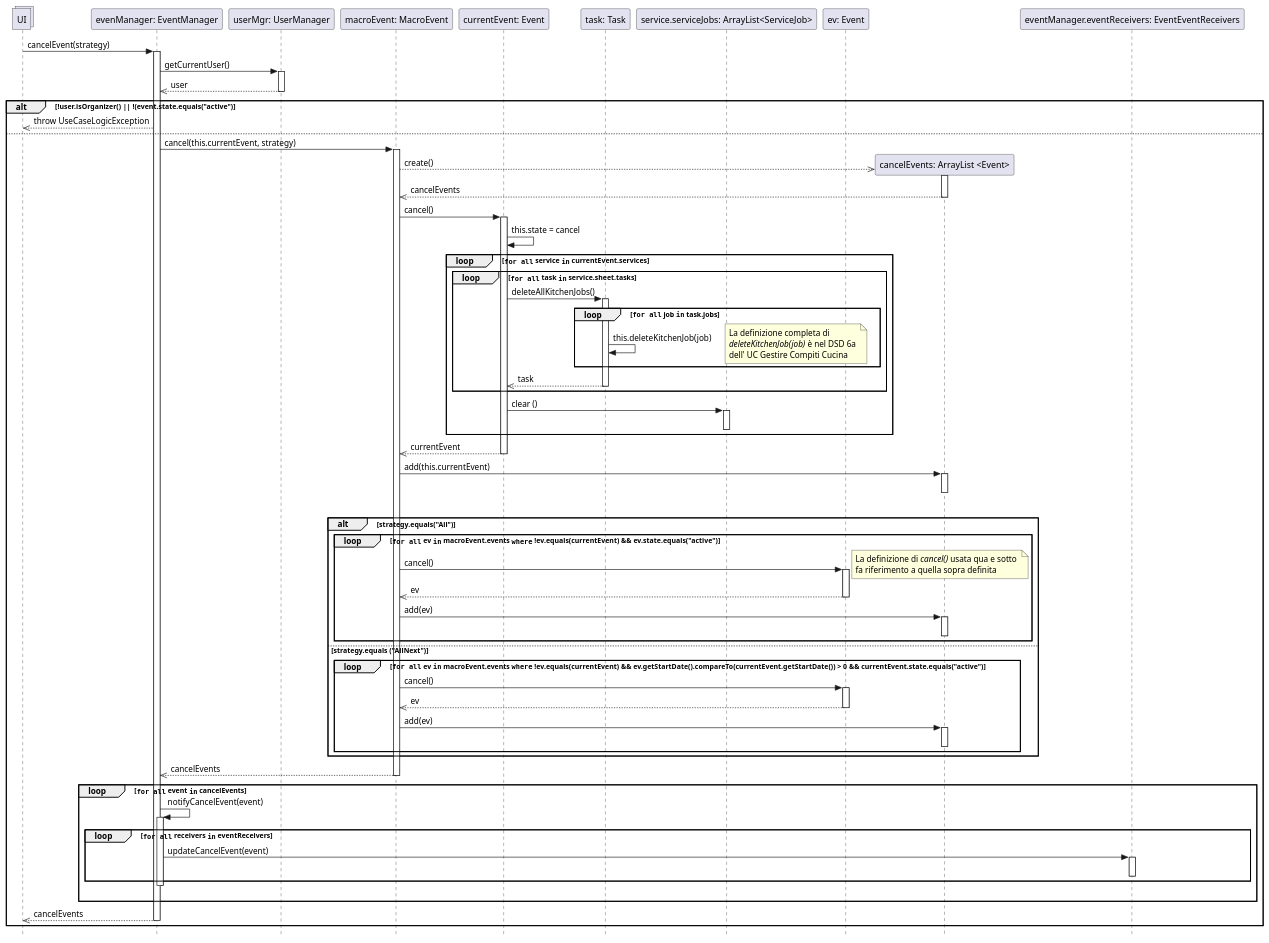
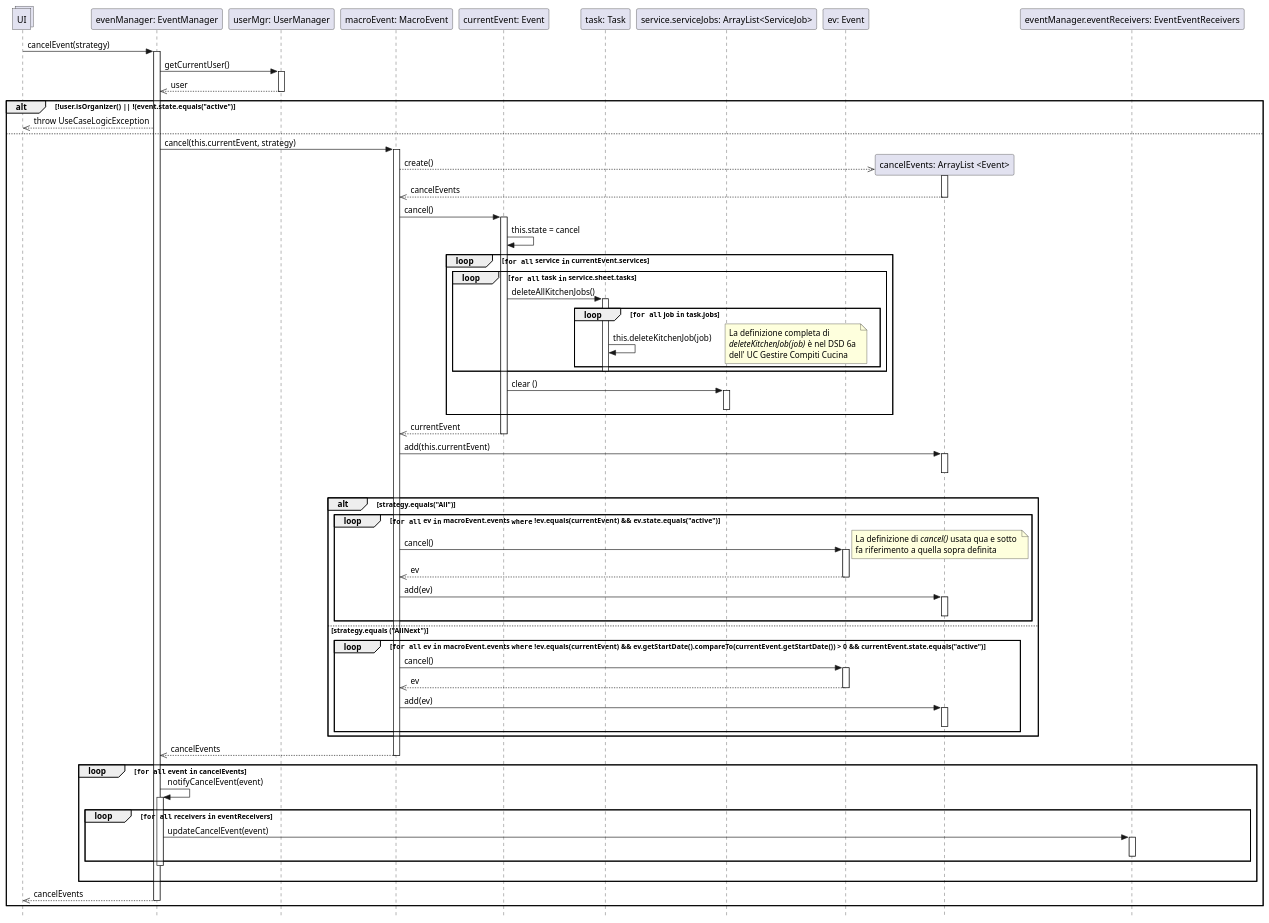
The diagram in UP/Progettazione/UC Gestire Eventi/DSD/DSD Operazione 1a.2.puml (stefa168/sas-project), drawn with PlantUML before and after one commit. The commit also changed 4 other files, not shown here.

```diff
--- a/UP/Progettazione/UC Gestire Eventi/DSD/DSD Operazione 1a.2.puml
+++ b/UP/Progettazione/UC Gestire Eventi/DSD/DSD Operazione 1a.2.puml
@@ -1,99 +1,99 @@
 @startuml
 skinparam Style strictuml
 
 collections UI
 participant "evenManager: EventManager" as em
 participant "userMgr: UserManager" as um
 participant "macroEvent: MacroEvent" as maev
 participant "currentEvent: Event" as event
 participant "task: Task" as task
 participant "service.serviceJobs: ArrayList<ServiceJob>" as sj
 participant "ev: Event" as ev
 participant "cancelEvents: ArrayList <Event>" as evcanc
 participant "eventManager.eventReceivers: EventEventReceivers" as eer
 
 UI -> em: cancelEvent(strategy)
 activate em
     em -> um: getCurrentUser()
     activate um
         em <<-- um: user
     deactivate um
 
     alt !user.isOrganizer() || !(event.state.equals("active")
         UI <<-- em: throw UseCaseLogicException
     else
 
         em -> maev: cancel(this.currentEvent, strategy)
         activate maev
             maev -->> evcanc**: create()
             activate evcanc
             maev <<-- evcanc: cancelEvents
             deactivate evcanc
 
             maev -> event: cancel()
             activate event
             event -> event: this.state = cancel
 
             loop ""for all"" service ""in"" currentEvent.services
                 loop ""for all"" task ""in"" service.sheet.tasks
                     event -> task: deleteAllKitchenJobs()
                     activate task
                     loop ""for all"" job ""in"" task.jobs
                         task -> task: this.deleteKitchenJob(job)
                         note right: La definizione completa di\n//deleteKitchenJob(job)// è nel DSD 6a \ndell' UC Gestire Compiti Cucina
                     end
-                    event <<-- task: task
+
                     deactivate task
 
                 end
 
                 event -> sj: clear ()
                 activate sj
                 deactivate sj
             end
             maev <<-- event: currentEvent
             deactivate event
             maev -> evcanc: add(this.currentEvent)
             activate evcanc
             deactivate evcanc
             |||
             alt strategy.equals("All")
                 loop ""for all"" ev ""in"" macroEvent.events ""where"" !ev.equals(currentEvent) && ev.state.equals("active")
                     maev -> ev: cancel()
                     note right: La definizione di //cancel()// usata qua e sotto \nfa riferimento a quella sopra definita
                     activate ev
                     maev <<-- ev: ev
                     deactivate ev
                     maev -> evcanc: add(ev)
                     activate evcanc
                     deactivate evcanc
                 end
             else strategy.equals ("AllNext")
                 loop ""for all"" ev ""in"" macroEvent.events ""where"" !ev.equals(currentEvent) && ev.getStartDate().compareTo(currentEvent.getStartDate()) > 0 && currentEvent.state.equals("active")
                     maev -> ev: cancel()
                     activate ev
                     maev <<-- ev: ev
                     deactivate ev
                     maev -> evcanc: add(ev)
                     activate evcanc
                     deactivate evcanc
                 end
             end
         em <<-- maev: cancelEvents
         deactivate maev
         loop ""for all"" event ""in"" cancelEvents
             em -> em: notifyCancelEvent(event)
             activate em
             loop ""for all"" receivers ""in"" eventReceivers
                 em -> eer: updateCancelEvent(event)
                 activate eer
                 deactivate eer
             end
             deactivate em
         |||
         end
     UI <<-- em: cancelEvents
 deactivate em
 end
 
 @enduml
```
